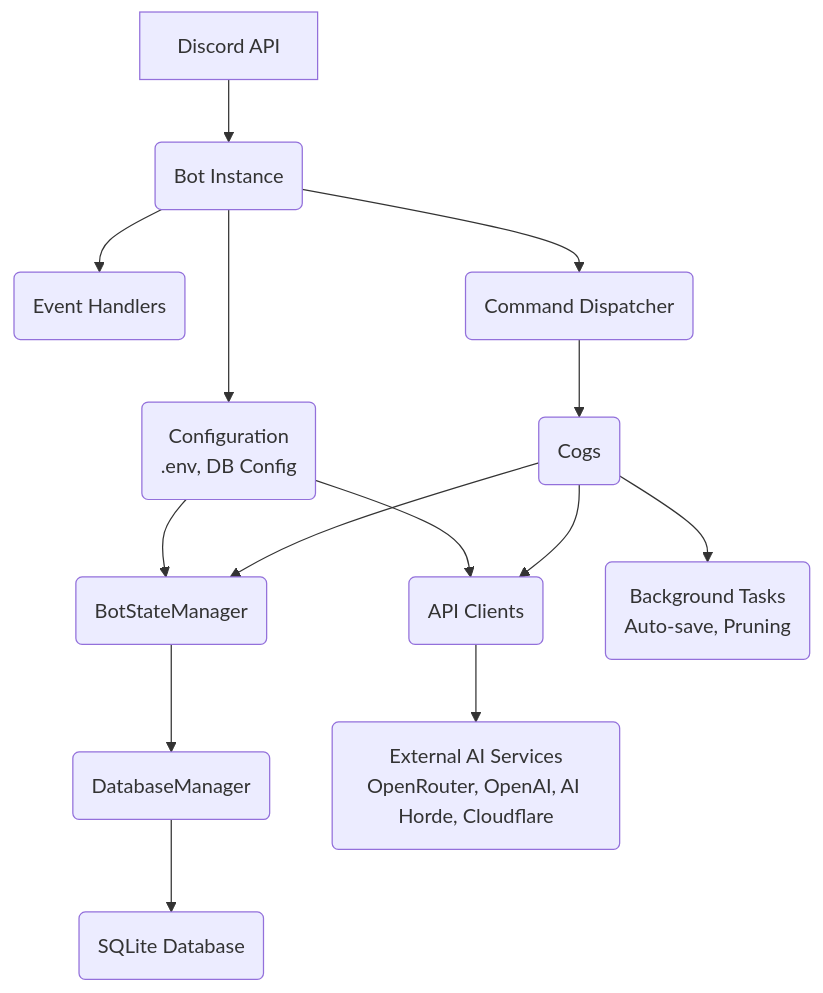
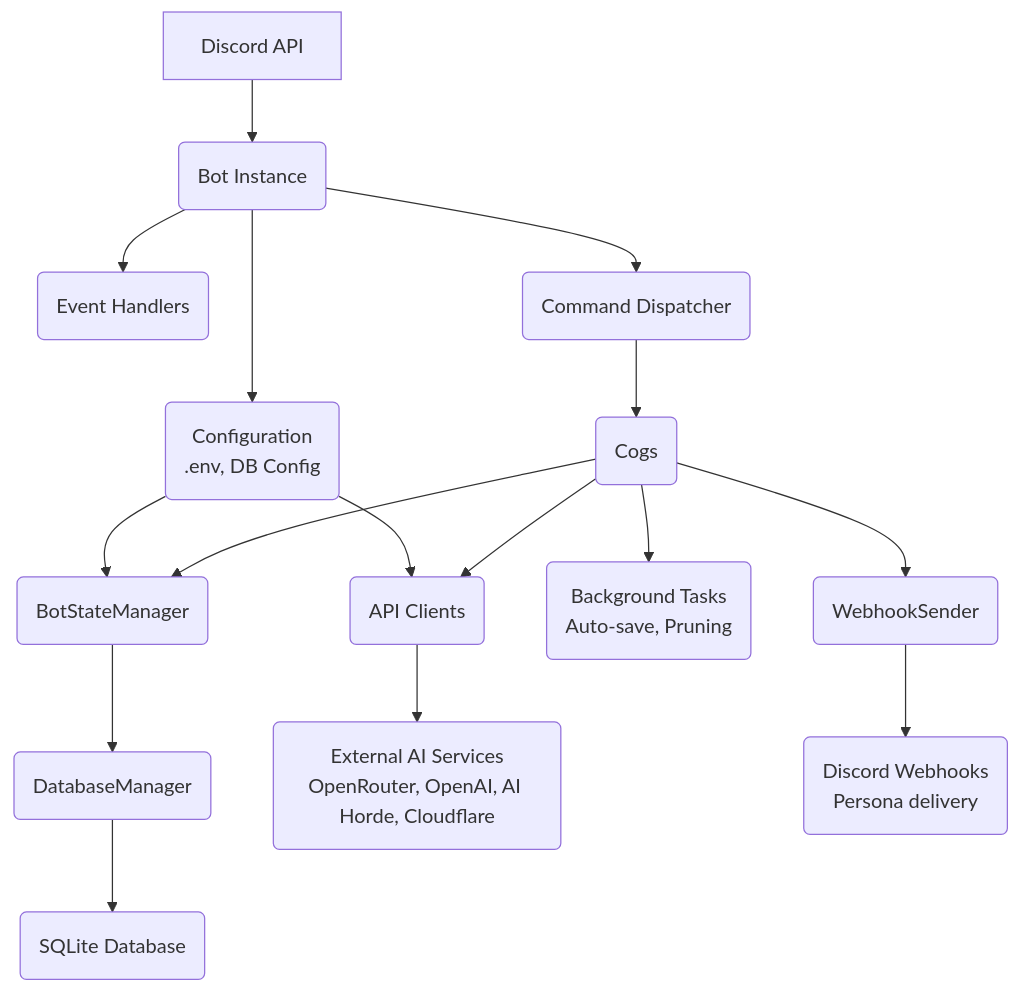
One commit to Emperor-Ovaltine/gideon changed the diagram in CLAUDE.MD. Above: the diagram before and after it, drawn with Mermaid. The commit also changed other lines of this file, not shown here.

````diff
--- a/CLAUDE.MD
+++ b/CLAUDE.MD
@@ -18,16 +18,18 @@
 ```mermaid
 graph TD
     A[Discord API] --> B(Bot Instance);
     B --> C(Event Handlers);
     B --> D(Command Dispatcher);
     D --> E(Cogs);
     E --> F(BotStateManager);
     F --> G(DatabaseManager);
     E --> H(API Clients);
     H --> I(External AI Services<br/>OpenRouter, OpenAI, AI Horde, Cloudflare);
     E --> J(Background Tasks<br/>Auto-save, Pruning);
     G --> K(SQLite Database);
     B --> L(Configuration<br/>.env, DB Config);
     L --> F;
     L --> H;
+    E --> M(WebhookSender);
+    M --> N(Discord Webhooks<br/>Persona delivery);
 ```
````
